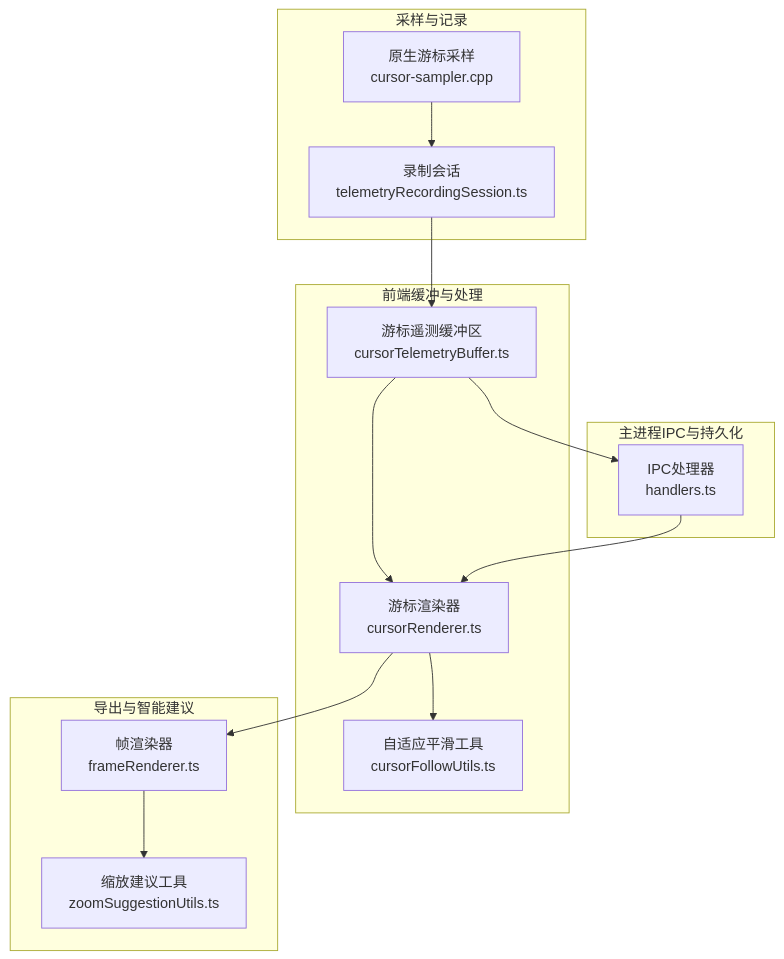
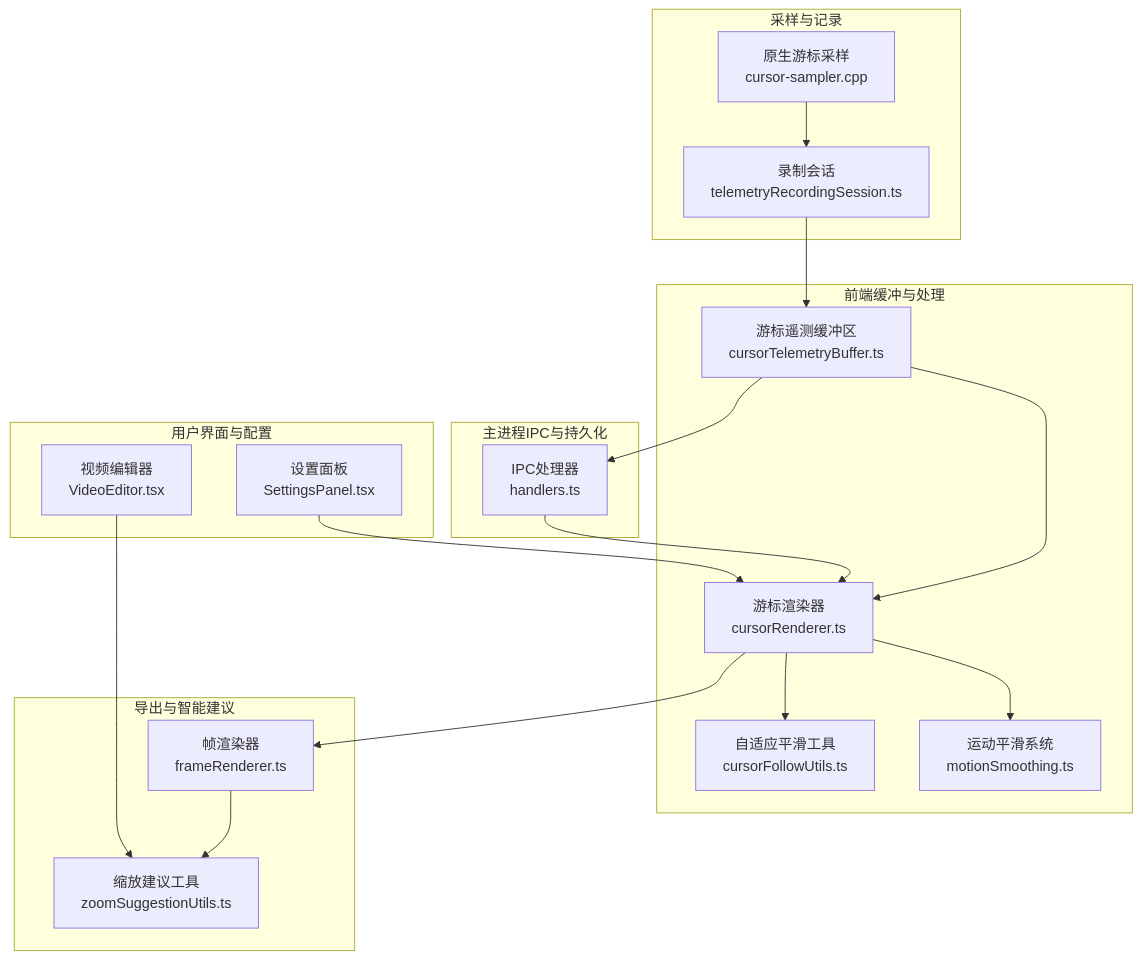
The first of 9 diagrams in .qoder/repowiki/zh/content/游标遥测系统/游标遥测系统.md (zhanggmin/openscreen), drawn with Mermaid before and after one commit. The commit also changed other lines of this file and 68 other files, not shown here.

Commit message:
开发图文编辑功能

````diff
--- a/.qoder/repowiki/zh/content/游标遥测系统/游标遥测系统.md
+++ b/.qoder/repowiki/zh/content/游标遥测系统/游标遥测系统.md
@@ -34,24 +43,32 @@
 ```mermaid
 graph TB
 subgraph "采样与记录"
 NS["原生游标采样<br/>cursor-sampler.cpp"]
 RS["录制会话<br/>telemetryRecordingSession.ts"]
 end
 subgraph "前端缓冲与处理"
 CTB["游标遥测缓冲区<br/>cursorTelemetryBuffer.ts"]
 CR["游标渲染器<br/>cursorRenderer.ts"]
 CFU["自适应平滑工具<br/>cursorFollowUtils.ts"]
+MS["运动平滑系统<br/>motionSmoothing.ts"]
 end
 subgraph "主进程IPC与持久化"
 IPC["IPC处理器<br/>handlers.ts"]
 end
 subgraph "导出与智能建议"
 FR["帧渲染器<br/>frameRenderer.ts"]
 ZS["缩放建议工具<br/>zoomSuggestionUtils.ts"]
 end
+subgraph "用户界面与配置"
+SP["设置面板<br/>SettingsPanel.tsx"]
+VE["视频编辑器<br/>VideoEditor.tsx"]
+end
 NS --> RS --> CTB --> CR
 CTB --> IPC --> CR
+CR --> MS
+CR --> CFU
 CR --> FR
-CR --> CFU
 FR --> ZS
+SP --> CR
+VE --> ZS
 ```
````
